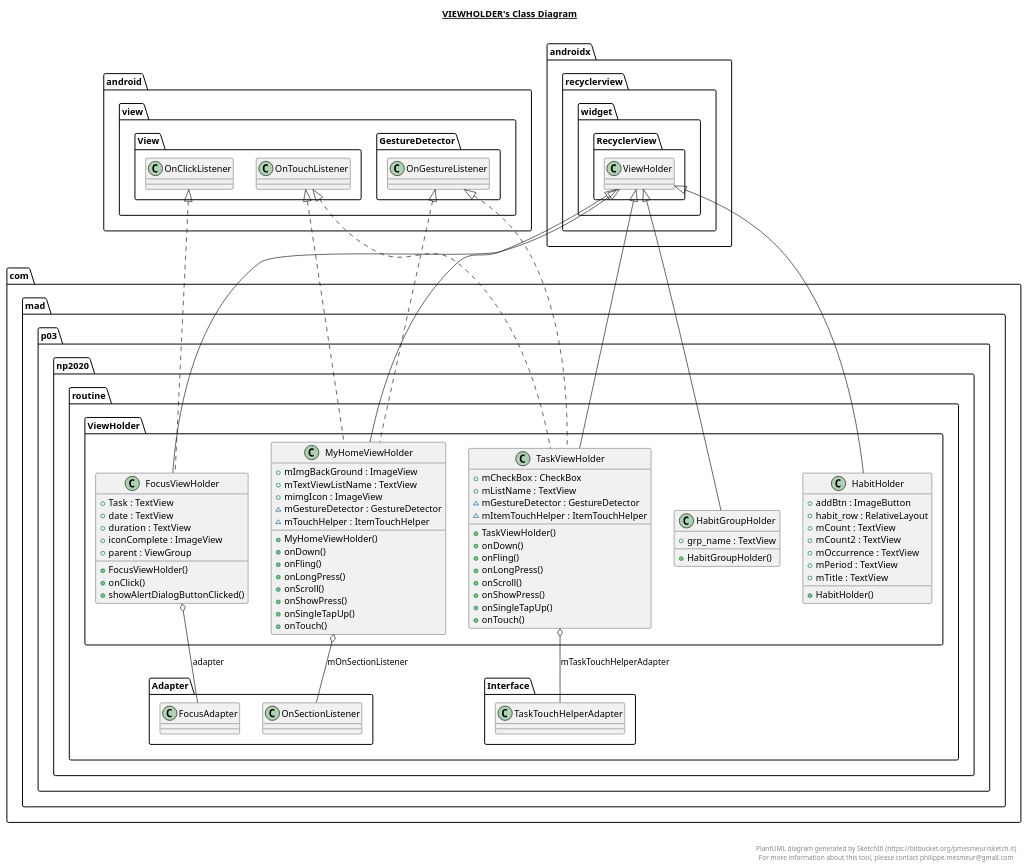
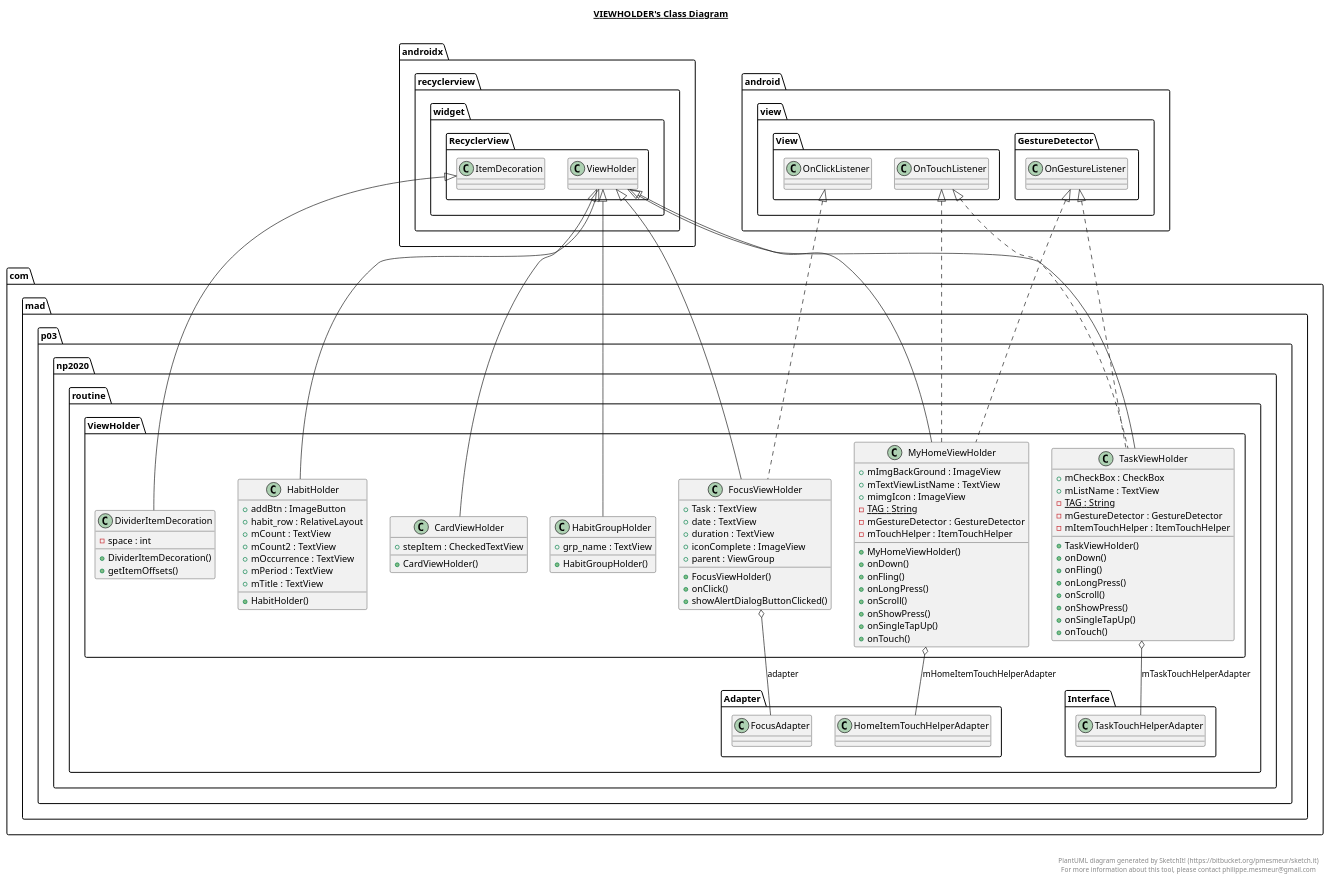
Before and after one commit to AppDevIn/Routine: the diagram in app/src/main/java/com/mad/p03/np2020/routine/ViewHolder/ViewHolder.plantuml, drawn with PlantUML. The commit also changed 6 other files, not shown here.

```diff
--- a/app/src/main/java/com/mad/p03/np2020/routine/ViewHolder/ViewHolder.plantuml
+++ b/app/src/main/java/com/mad/p03/np2020/routine/ViewHolder/ViewHolder.plantuml
@@ -1,110 +1,135 @@
 @startuml
 
 title __VIEWHOLDER's Class Diagram__\n
+
+  namespace com.mad.p03.np2020.routine {
+    namespace ViewHolder {
+      class com.mad.p03.np2020.routine.ViewHolder.CardViewHolder {
+          + stepItem : CheckedTextView
+          + CardViewHolder()
+      }
+    }
+  }
+  
+
+  namespace com.mad.p03.np2020.routine {
+    namespace ViewHolder {
+      class com.mad.p03.np2020.routine.ViewHolder.DividerItemDecoration {
+          - space : int
+          + DividerItemDecoration()
+          + getItemOffsets()
+      }
+    }
+  }
+  
 
   namespace com.mad.p03.np2020.routine {
     namespace ViewHolder {
       class com.mad.p03.np2020.routine.ViewHolder.FocusViewHolder {
           + Task : TextView
           + date : TextView
           + duration : TextView
           + iconComplete : ImageView
           + parent : ViewGroup
           + FocusViewHolder()
           + onClick()
           + showAlertDialogButtonClicked()
       }
     }
   }
   
 
   namespace com.mad.p03.np2020.routine {
     namespace ViewHolder {
       class com.mad.p03.np2020.routine.ViewHolder.HabitGroupHolder {
           + grp_name : TextView
           + HabitGroupHolder()
       }
     }
   }
   
 
   namespace com.mad.p03.np2020.routine {
     namespace ViewHolder {
       class com.mad.p03.np2020.routine.ViewHolder.HabitHolder {
           + addBtn : ImageButton
           + habit_row : RelativeLayout
           + mCount : TextView
           + mCount2 : TextView
           + mOccurrence : TextView
           + mPeriod : TextView
           + mTitle : TextView
           + HabitHolder()
       }
     }
   }
   
 
   namespace com.mad.p03.np2020.routine {
     namespace ViewHolder {
       class com.mad.p03.np2020.routine.ViewHolder.MyHomeViewHolder {
           + mImgBackGround : ImageView
           + mTextViewListName : TextView
           + mimgIcon : ImageView
-          ~ mGestureDetector : GestureDetector
-          ~ mTouchHelper : ItemTouchHelper
+          {static} - TAG : String
+          - mGestureDetector : GestureDetector
+          - mTouchHelper : ItemTouchHelper
           + MyHomeViewHolder()
           + onDown()
           + onFling()
           + onLongPress()
           + onScroll()
           + onShowPress()
           + onSingleTapUp()
           + onTouch()
       }
     }
   }
   
 
   namespace com.mad.p03.np2020.routine {
     namespace ViewHolder {
       class com.mad.p03.np2020.routine.ViewHolder.TaskViewHolder {
           + mCheckBox : CheckBox
           + mListName : TextView
-          ~ mGestureDetector : GestureDetector
-          ~ mItemTouchHelper : ItemTouchHelper
+          {static} - TAG : String
+          - mGestureDetector : GestureDetector
+          - mItemTouchHelper : ItemTouchHelper
           + TaskViewHolder()
           + onDown()
           + onFling()
           + onLongPress()
           + onScroll()
           + onShowPress()
           + onSingleTapUp()
           + onTouch()
       }
     }
   }
   
 
+  com.mad.p03.np2020.routine.ViewHolder.CardViewHolder -up-|> androidx.recyclerview.widget.RecyclerView.ViewHolder
+  com.mad.p03.np2020.routine.ViewHolder.DividerItemDecoration -up-|> androidx.recyclerview.widget.RecyclerView.ItemDecoration
   com.mad.p03.np2020.routine.ViewHolder.FocusViewHolder .up.|> android.view.View.OnClickListener
   com.mad.p03.np2020.routine.ViewHolder.FocusViewHolder -up-|> androidx.recyclerview.widget.RecyclerView.ViewHolder
   com.mad.p03.np2020.routine.ViewHolder.FocusViewHolder o-- com.mad.p03.np2020.routine.Adapter.FocusAdapter : adapter
   com.mad.p03.np2020.routine.ViewHolder.HabitGroupHolder -up-|> androidx.recyclerview.widget.RecyclerView.ViewHolder
   com.mad.p03.np2020.routine.ViewHolder.HabitHolder -up-|> androidx.recyclerview.widget.RecyclerView.ViewHolder
   com.mad.p03.np2020.routine.ViewHolder.MyHomeViewHolder .up.|> android.view.GestureDetector.OnGestureListener
   com.mad.p03.np2020.routine.ViewHolder.MyHomeViewHolder .up.|> android.view.View.OnTouchListener
   com.mad.p03.np2020.routine.ViewHolder.MyHomeViewHolder -up-|> androidx.recyclerview.widget.RecyclerView.ViewHolder
-  com.mad.p03.np2020.routine.ViewHolder.MyHomeViewHolder o-- com.mad.p03.np2020.routine.Adapter.OnSectionListener : mOnSectionListener
+  com.mad.p03.np2020.routine.ViewHolder.MyHomeViewHolder o-- com.mad.p03.np2020.routine.Adapter.HomeItemTouchHelperAdapter : mHomeItemTouchHelperAdapter
   com.mad.p03.np2020.routine.ViewHolder.TaskViewHolder .up.|> android.view.GestureDetector.OnGestureListener
   com.mad.p03.np2020.routine.ViewHolder.TaskViewHolder .up.|> android.view.View.OnTouchListener
   com.mad.p03.np2020.routine.ViewHolder.TaskViewHolder -up-|> androidx.recyclerview.widget.RecyclerView.ViewHolder
   com.mad.p03.np2020.routine.ViewHolder.TaskViewHolder o-- com.mad.p03.np2020.routine.Interface.TaskTouchHelperAdapter : mTaskTouchHelperAdapter
 
 
 right footer
 
 
 PlantUML diagram generated by SketchIt! (https://bitbucket.org/pmesmeur/sketch.it)
 For more information about this tool, please contact philippe.mesmeur@gmail.com
 endfooter
 
 @enduml
```
